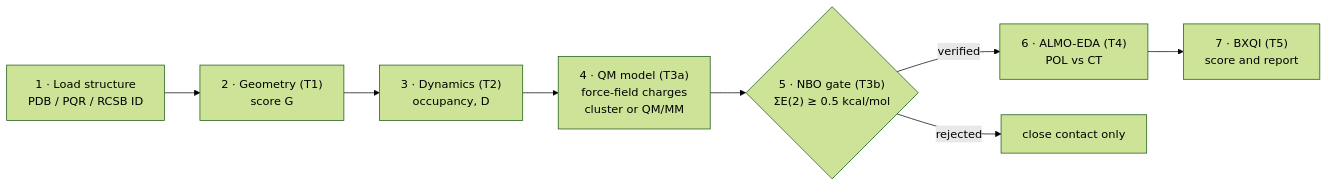
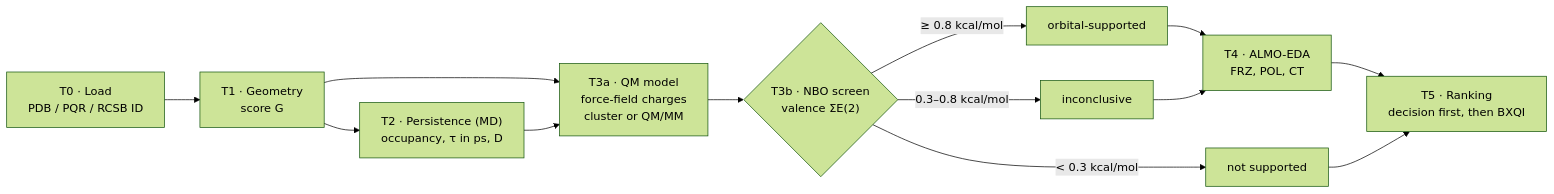
One commit to compchemsk/BondX-Studio changed the diagram in README.md. Above: the diagram before and after it, drawn with Mermaid (forest theme). The commit also changed other lines of this file and 136 other files, not shown here.

````diff
--- a/README.md
+++ b/README.md
@@ -41,10 +38,15 @@
 ```mermaid
 flowchart LR
-    A["1 · Load structure<br/>PDB / PQR / RCSB ID"] --> B["2 · Geometry (T1)<br/>score G"]
-    B --> C["3 · Dynamics (T2)<br/>occupancy, D"]
-    C --> D["4 · QM model (T3a)<br/>force-field charges<br/>cluster or QM/MM"]
-    D --> E{"5 · NBO gate (T3b)<br/>ΣE(2) ≥ 0.5 kcal/mol"}
-    E -- verified --> F["6 · ALMO-EDA (T4)<br/>POL vs CT"]
-    E -- rejected --> X["close contact only"]
-    F --> G["7 · BXQI (T5)<br/>score and report"]
+    A["T0 · Load<br/>PDB / PQR / RCSB ID"] --> B["T1 · Geometry<br/>score G"]
+    B --> C["T2 · Persistence (MD)<br/>occupancy, τ in ps, D"]
+    B --> D
+    C --> D["T3a · QM model<br/>force-field charges<br/>cluster or QM/MM"]
+    D --> E{"T3b · NBO screen<br/>valence ΣE(2)"}
+    E -- "≥ 0.8 kcal/mol" --> S["orbital-supported"]
+    E -- "0.3–0.8 kcal/mol" --> I["inconclusive"]
+    E -- "< 0.3 kcal/mol" --> N["not supported"]
+    S --> F["T4 · ALMO-EDA<br/>FRZ, POL, CT"]
+    I --> F
+    F --> G["T5 · Ranking<br/>decision first, then BXQI"]
+    N --> G
 ```
````
